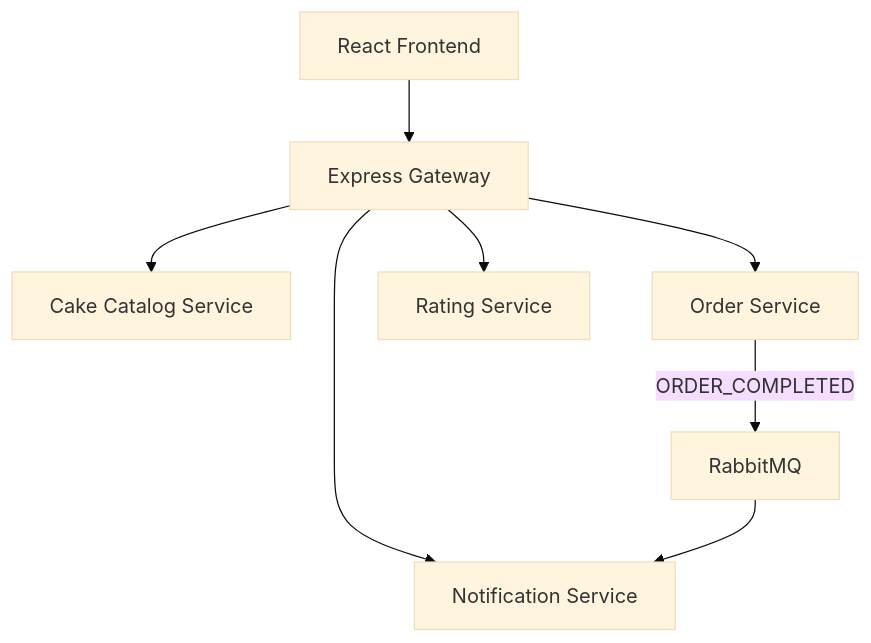
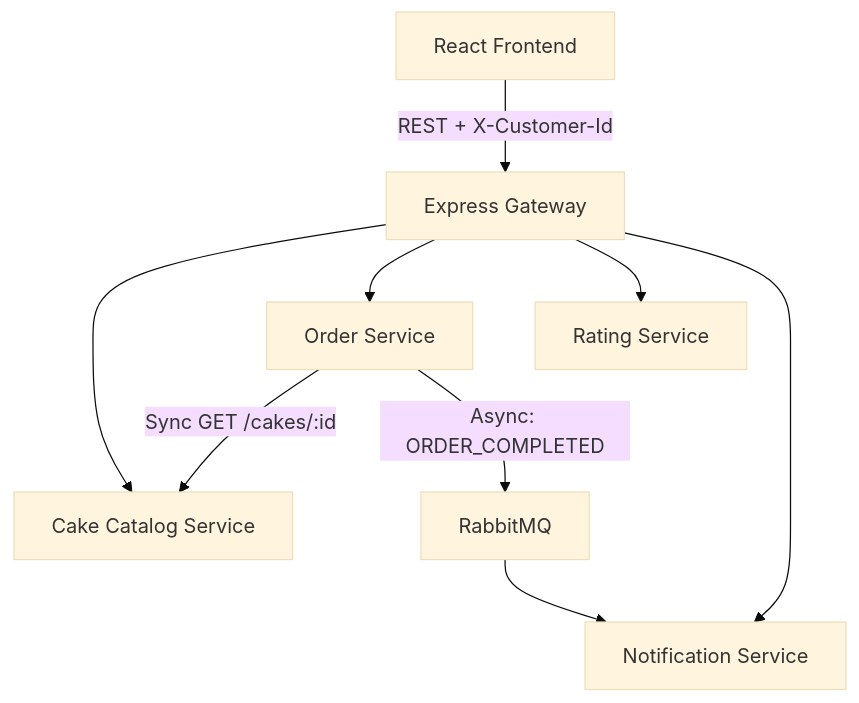
One commit to Gautam-00/GauravRauniyar_CapstoneProject_Cohort1 changed the diagram in README.md. Above: the diagram before and after it, drawn with Mermaid (base theme). The commit also changed other lines of this file and 4 other files, not shown here.

Commit message:
[2] - docs: define architecture and service contracts

````diff
--- a/README.md
+++ b/README.md
@@ -32,10 +32,11 @@
 ```mermaid
 flowchart TD
-    Frontend[React Frontend] --> Gateway[Express Gateway]
+    Frontend[React Frontend] -->|REST + X-Customer-Id| Gateway[Express Gateway]
     Gateway --> Catalog[Cake Catalog Service]
     Gateway --> Order[Order Service]
     Gateway --> Rating[Rating Service]
     Gateway --> Notification[Notification Service]
-    Order -- "ORDER_COMPLETED" --> RabbitMQ[RabbitMQ]
+    Order -->|Sync GET /cakes/:id| Catalog
+    Order -- "Async: ORDER_COMPLETED" --> RabbitMQ[RabbitMQ]
     RabbitMQ --> Notification
 ```
````
